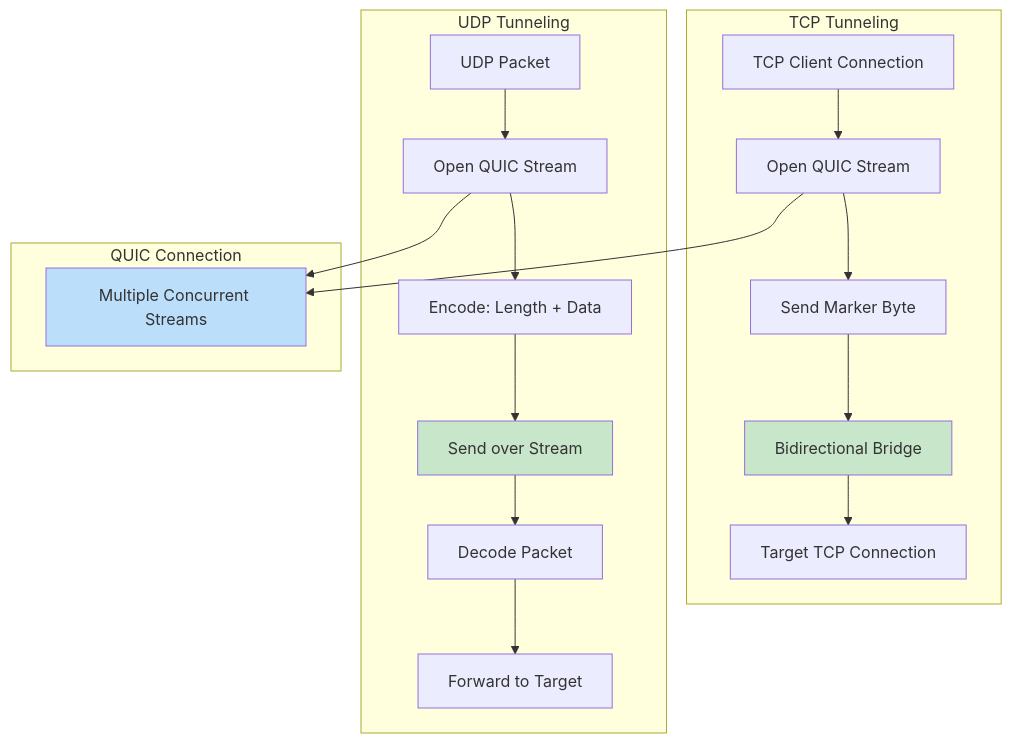
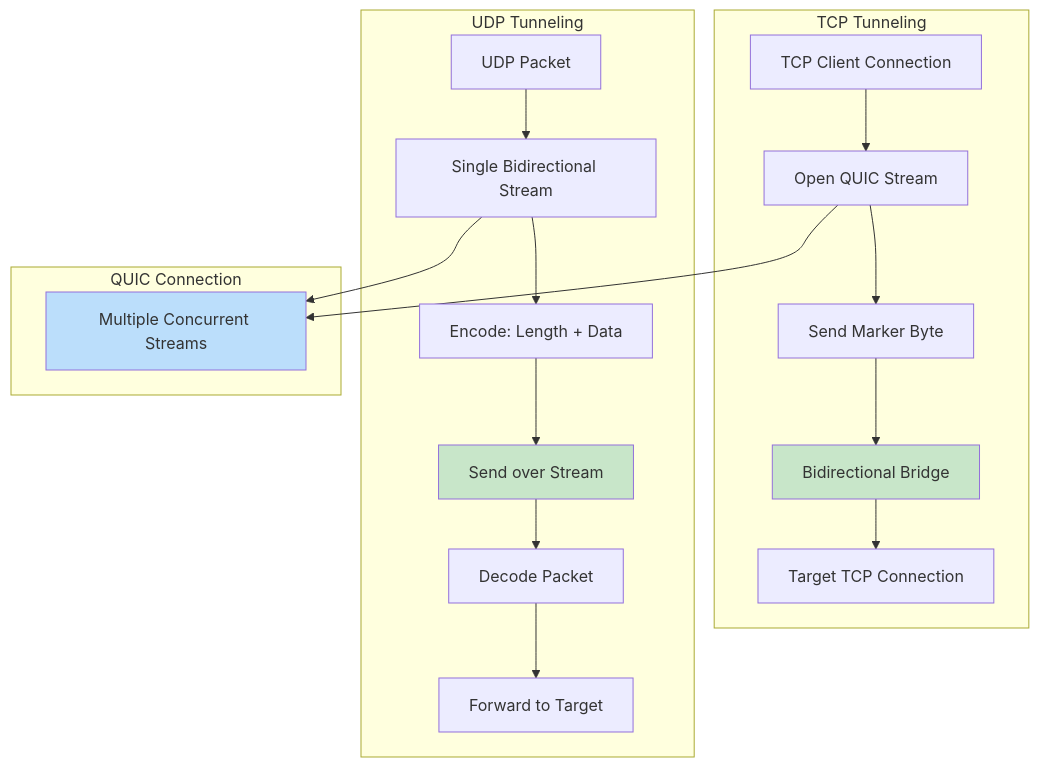
Diagram 20 of 33 in docs/ARCHITECTURE.md (andrewtheguy/vpn-rs), drawn with Mermaid before and after one commit. The commit also changed other lines of this file and 1 other file, not shown here.

````diff
--- a/docs/ARCHITECTURE.md
+++ b/docs/ARCHITECTURE.md
@@ -801,27 +801,27 @@
 ```mermaid
 graph TB
     subgraph "TCP Tunneling"
         A[TCP Client Connection] --> B[Open QUIC Stream]
         B --> C[Send Marker Byte]
         C --> D[Bidirectional Bridge]
         D --> E[Target TCP Connection]
     end
     
     subgraph "UDP Tunneling"
-        F[UDP Packet] --> G[Open QUIC Stream]
+        F[UDP Packet] --> G[Single Bidirectional Stream]
         G --> H[Encode: Length + Data]
         H --> I[Send over Stream]
         I --> J[Decode Packet]
         J --> K[Forward to Target]
     end
     
     subgraph "QUIC Connection"
         L[Multiple Concurrent Streams]
         B --> L
         G --> L
     end
     
     style L fill:#BBDEFB
     style D fill:#C8E6C9
     style I fill:#C8E6C9
 ```
````
